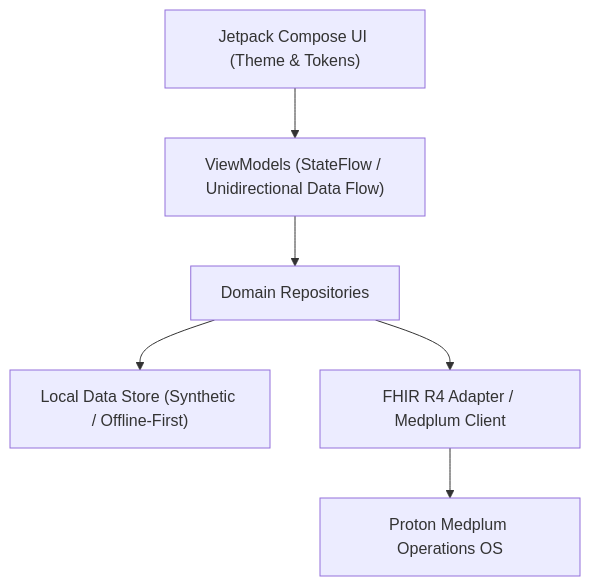
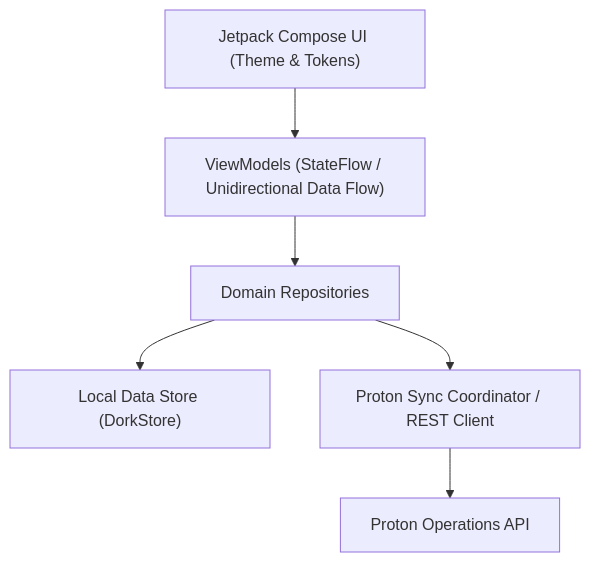
One commit to abhidinkale/proton changed the diagram in apps/dork-android/README.md. Above: the diagram before and after it, drawn with Mermaid. The commit also changed other lines of this file and 16 other files, not shown here.

````diff
--- a/apps/dork-android/README.md
+++ b/apps/dork-android/README.md
@@ -27,8 +27,8 @@
 ```mermaid
 graph TD
   UI["Jetpack Compose UI (Theme & Tokens)"] --> VM["ViewModels (StateFlow / Unidirectional Data Flow)"]
   VM --> REPO["Domain Repositories"]
-  REPO --> CACHE["Local Data Store (Synthetic / Offline-First)"]
-  REPO --> FHIR["FHIR R4 Adapter / Medplum Client"]
-  FHIR --> MEDPLUM["Proton Medplum Operations OS"]
+  REPO --> CACHE["Local Data Store (DorkStore)"]
+  REPO --> SYNC["Proton Sync Coordinator / REST Client"]
+  SYNC --> SERVER["Proton Operations API"]
 ```
````
